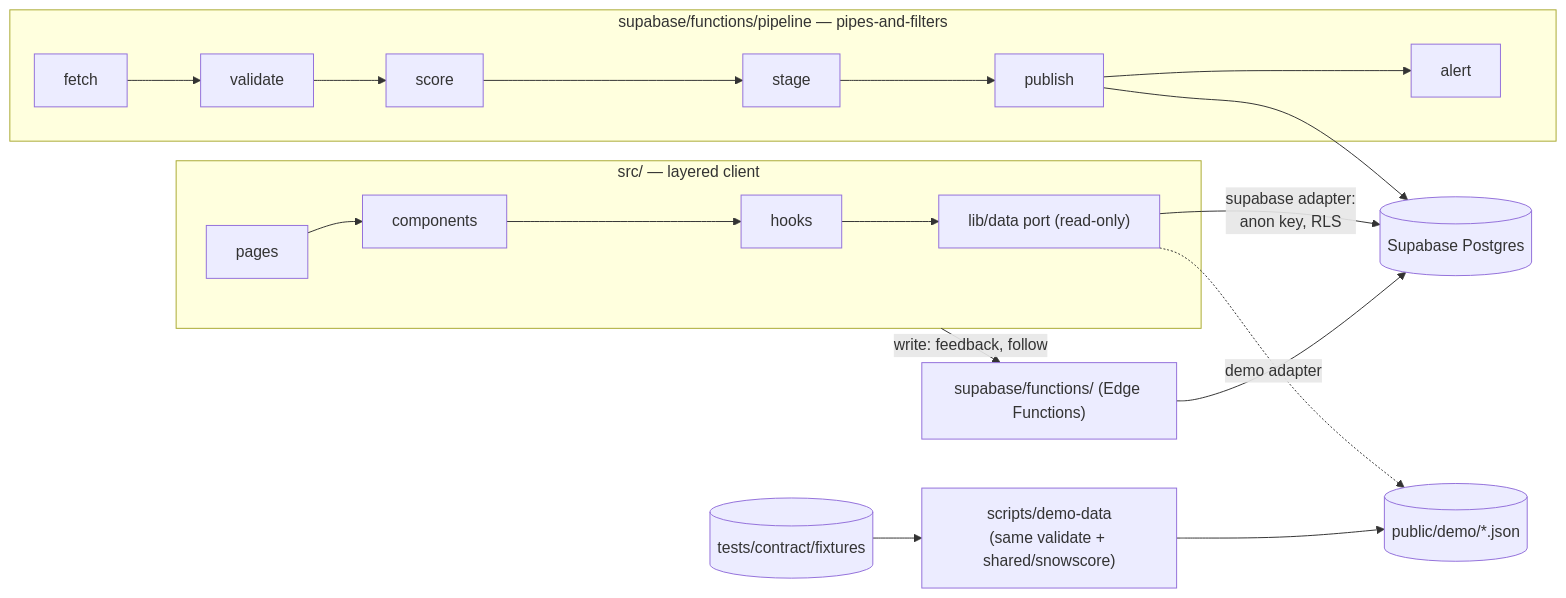
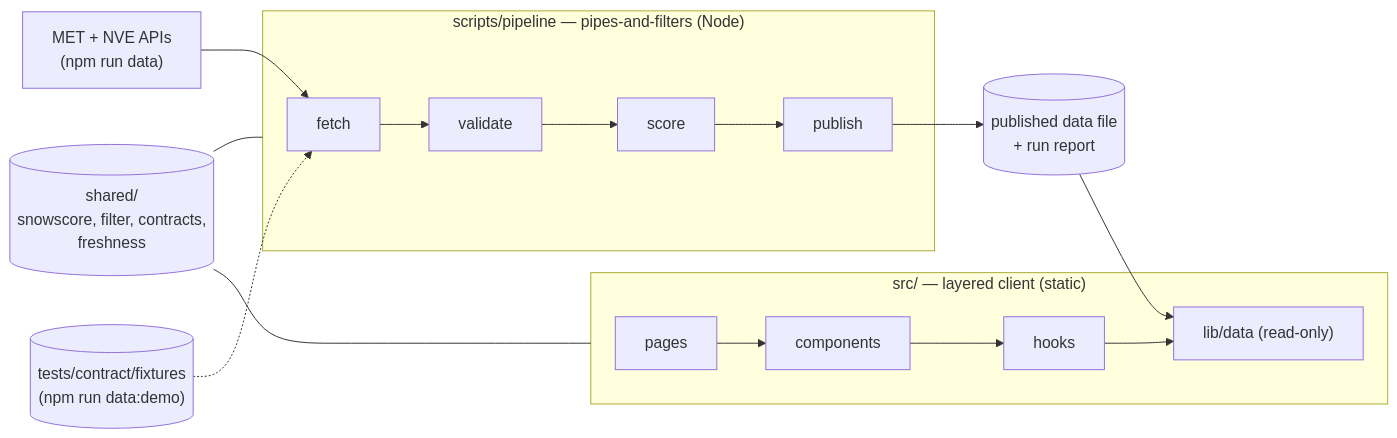
Before and after one commit to IBE160-2026/G18-bikila-dymbe-gela-james: the first of 2 diagrams in project-workspace/planning-artifacts/architecture/architecture-G18-bikila-dymbe-gela-james-2026-09-22/ARCHITECTURE-SPINE.md, drawn with Mermaid. The commit also changed other lines of this file and 12 other files, not shown here.

````diff
--- a/project-workspace/planning-artifacts/architecture/architecture-G18-bikila-dymbe-gela-james-2026-09-22/ARCHITECTURE-SPINE.md
+++ b/project-workspace/planning-artifacts/architecture/architecture-G18-bikila-dymbe-gela-james-2026-09-22/ARCHITECTURE-SPINE.md
@@ -59,17 +54,15 @@
 ```mermaid
 flowchart LR
-    subgraph FE["src/ — layered client"]
-        P[pages] --> C[components]
-        C --> H[hooks]
-        H --> L["lib/data port (read-only)"]
+    subgraph PIPE["scripts/pipeline — pipes-and-filters (Node)"]
+        F[fetch] --> V[validate] --> S[score] --> PB[publish]
     end
-    subgraph BE["supabase/functions/pipeline — pipes-and-filters"]
-        F[fetch] --> V[validate] --> S[score] --> ST[stage] --> PB[publish] --> AL[alert]
+    SRC["MET + NVE APIs<br/>(npm run data)"] --> F
+    FIX[("tests/contract/fixtures<br/>(npm run data:demo)")] -.-> F
+    PB --> FILE[("published data file<br/>+ run report")]
+    subgraph FE["src/ — layered client (static)"]
+        P[pages] --> C[components] --> H[hooks] --> L["lib/data (read-only)"]
     end
-    L -- "supabase adapter:<br/>anon key, RLS" --> DB[(Supabase Postgres)]
-    L -. "demo adapter" .-> DEMO[("public/demo/*.json")]
-    FIX[("tests/contract/fixtures")] --> GEN["scripts/demo-data<br/>(same validate + shared/snowscore)"] --> DEMO
-    PB --> DB
-    FE -- "write: feedback, follow" --> EF["supabase/functions/ (Edge Functions)"]
-    EF --> DB
+    FILE --> L
+    SH[("shared/<br/>snowscore, filter, contracts,<br/>freshness")] --- PIPE
+    SH --- FE
 ```
````
